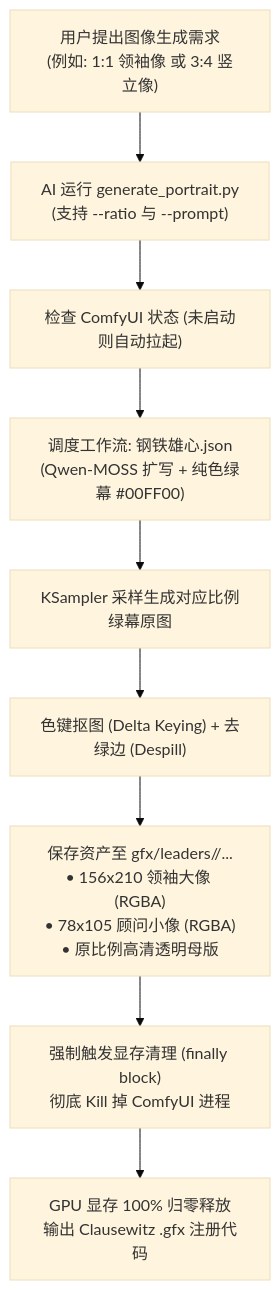
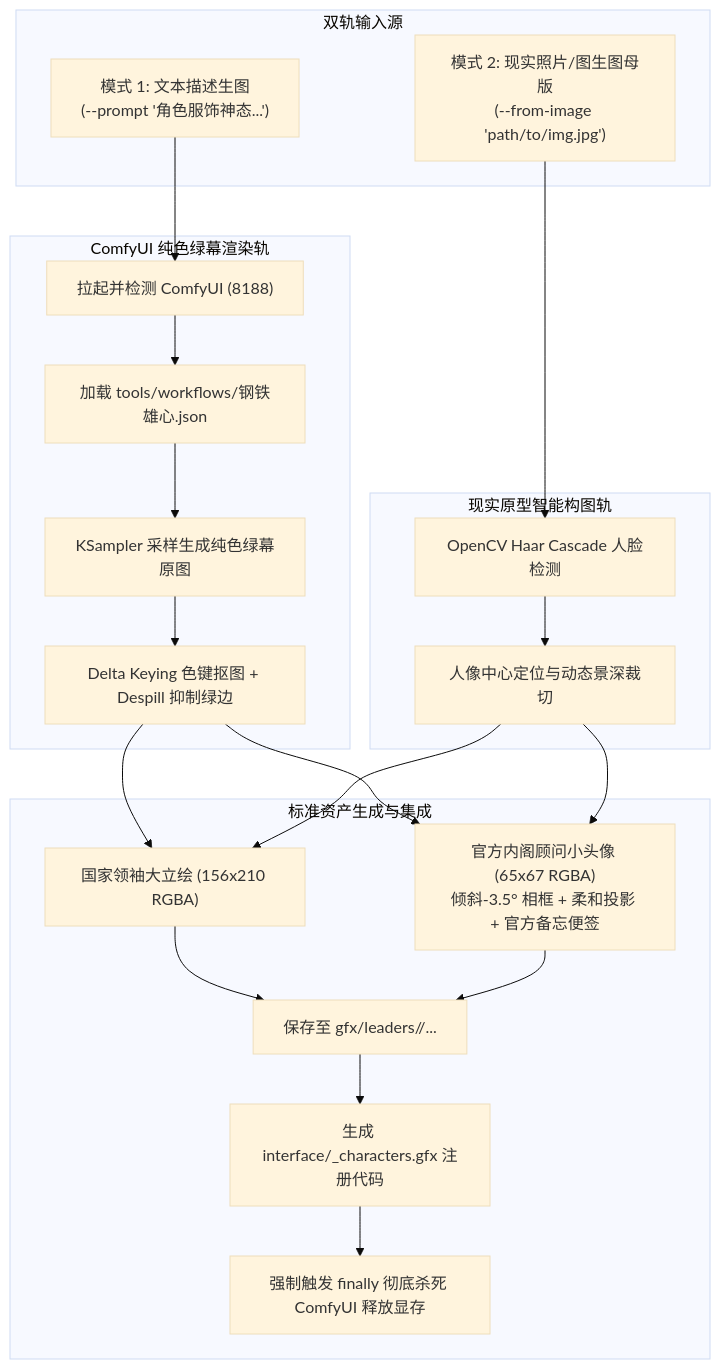
One commit to DX-Protst/HOI4-Dream-of-Yandao-Street changed the diagram in .agents/skills/hoi4-portrait-generator/SKILL.md. Above: the diagram before and after it, drawn with Mermaid (base theme). The commit also changed other lines of this file and 6 other files, not shown here.

Commit message:
feat(skill): integrate 钢铁雄心 workflow into tools and upgrade hoi4-portrait-generator to 65x67 canonical advisor standard

````diff
--- a/.agents/skills/hoi4-portrait-generator/SKILL.md
+++ b/.agents/skills/hoi4-portrait-generator/SKILL.md
@@ -50,11 +59,31 @@
 ```mermaid
 flowchart TD
-    A["用户提出图像生成需求<br/>(例如: 1:1 领袖像 或 3:4 竖立像)"] --> B["AI 运行 generate_portrait.py<br/>(支持 --ratio 与 --prompt)"]
-    B --> C["检查 ComfyUI 状态 (未启动则自动拉起)"]
-    C --> D["调度工作流: 钢铁雄心.json<br/>(Qwen-MOSS 扩写 + 纯色绿幕 #00FF00)"]
-    D --> E["KSampler 采样生成对应比例绿幕原图"]
-    E --> F["色键抠图 (Delta Keying) + 去绿边 (Despill)"]
-    F --> G["保存资产至 gfx/leaders/<TAG>/...<br/>• 156x210 领袖大像 (RGBA)<br/>• 78x105 顾问小像 (RGBA)<br/>• 原比例高清透明母版"]
-    G --> H["强制触发显存清理 (finally block)<br/>彻底 Kill 掉 ComfyUI 进程"]
-    H --> I["GPU 显存 100% 归零释放<br/>输出 Clausewitz .gfx 注册代码"]
+    subgraph Input["双轨输入源"]
+        A1["模式 1: 文本描述生图<br/>(--prompt '角色服饰神态...')"]
+        A2["模式 2: 现实照片/图生图母版<br/>(--from-image 'path/to/img.jpg')"]
+    end
+
+    subgraph Mode1["ComfyUI 纯色绿幕渲染轨"]
+        B1["拉起并检测 ComfyUI (8188)"]
+        B2["加载 tools/workflows/钢铁雄心.json"]
+        B3["KSampler 采样生成纯色绿幕原图"]
+        B4["Delta Keying 色键抠图 + Despill 抑制绿边"]
+    end
+
+    subgraph Mode2["现实原型智能构图轨"]
+        C1["OpenCV Haar Cascade 人脸检测"]
+        C2["人像中心定位与动态景深裁切"]
+    end
+
+    subgraph Output["标准资产生成与集成"]
+        D1["国家领袖大立绘 (156x210 RGBA)"]
+        D2["官方内阁顾问小头像 (65x67 RGBA)<br/>倾斜-3.5° 相框 + 柔和投影 + 官方备忘便签"]
+        D3["保存至 gfx/leaders/<TAG>/..."]
+        D4["生成 interface/<TAG>_characters.gfx 注册代码"]
+        D5["强制触发 finally 彻底杀死 ComfyUI 释放显存"]
+    end
+
+    A1 --> B1 --> B2 --> B3 --> B4 --> D1 & D2
+    A2 --> C1 --> C2 --> D1 & D2
+    D1 & D2 --> D3 --> D4 --> D5
 ```
````
